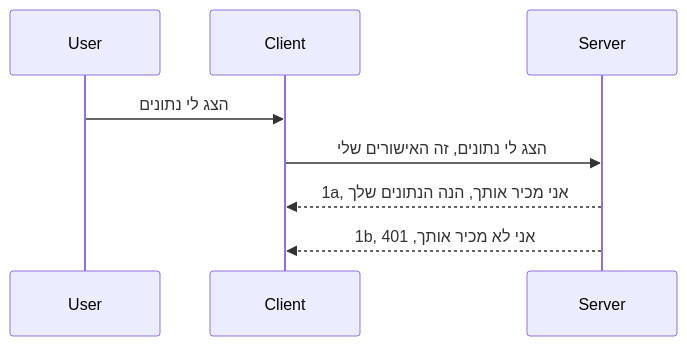
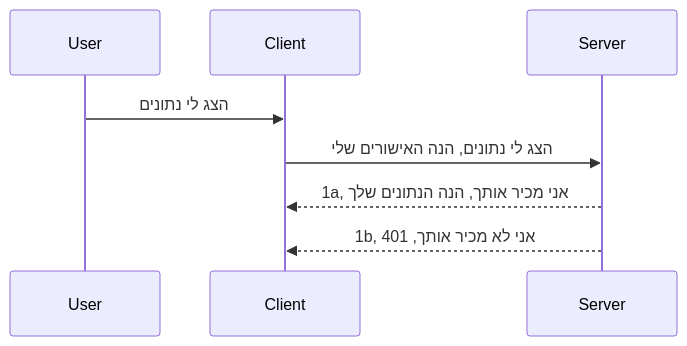
Before and after one commit to HIDORAKAI002/ai-workspace-archive: the diagram in mcp_ecosystem__model_context_protocol/mcp_learning_resources/mcp-for-beginners/translations/he/03-GettingStarted/11-simple-auth/README.md, drawn with Mermaid. The commit also changed other lines of this file and 1046 other files, not shown here.

````diff
--- a/mcp_ecosystem__model_context_protocol/mcp_learning_resources/mcp-for-beginners/translations/he/03-GettingStarted/11-simple-auth/README.md
+++ b/mcp_ecosystem__model_context_protocol/mcp_learning_resources/mcp-for-beginners/translations/he/03-GettingStarted/11-simple-auth/README.md
@@ -24,11 +24,11 @@
 ```mermaid
 sequenceDiagram
    participant User
    participant Client
    participant Server
 
    User->>Client: הצג לי נתונים
-   Client->>Server: הצג לי נתונים, זה האישורים שלי
+   Client->>Server: הצג לי נתונים, הנה האישורים שלי
    Server-->>Client: 1a, אני מכיר אותך, הנה הנתונים שלך
    Server-->>Client: 1b, אני לא מכיר אותך, 401 
 ```
````
